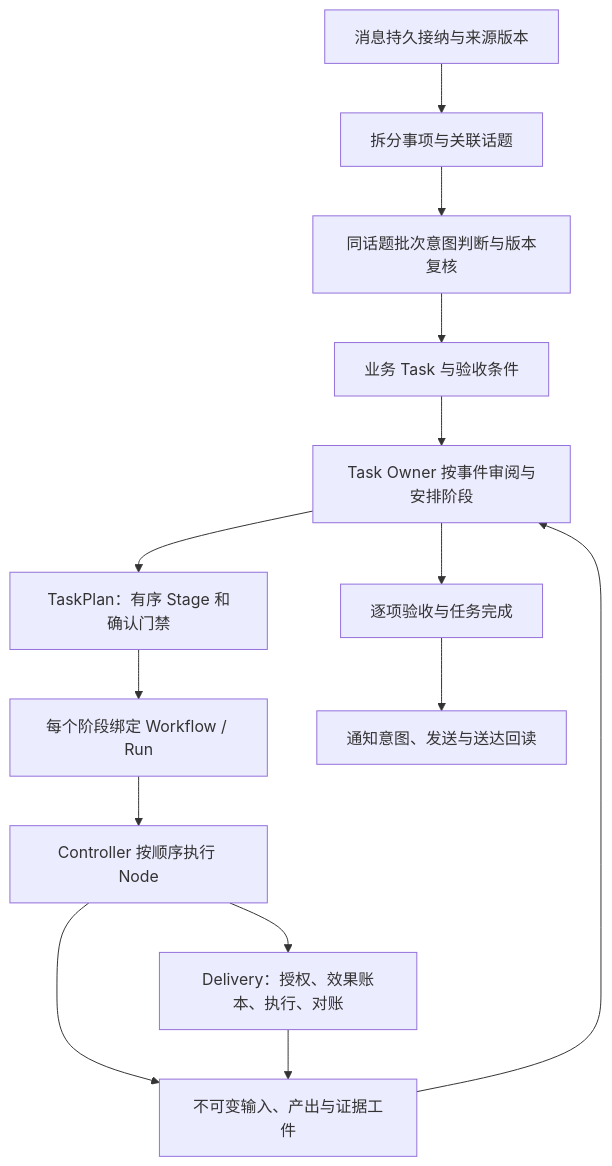
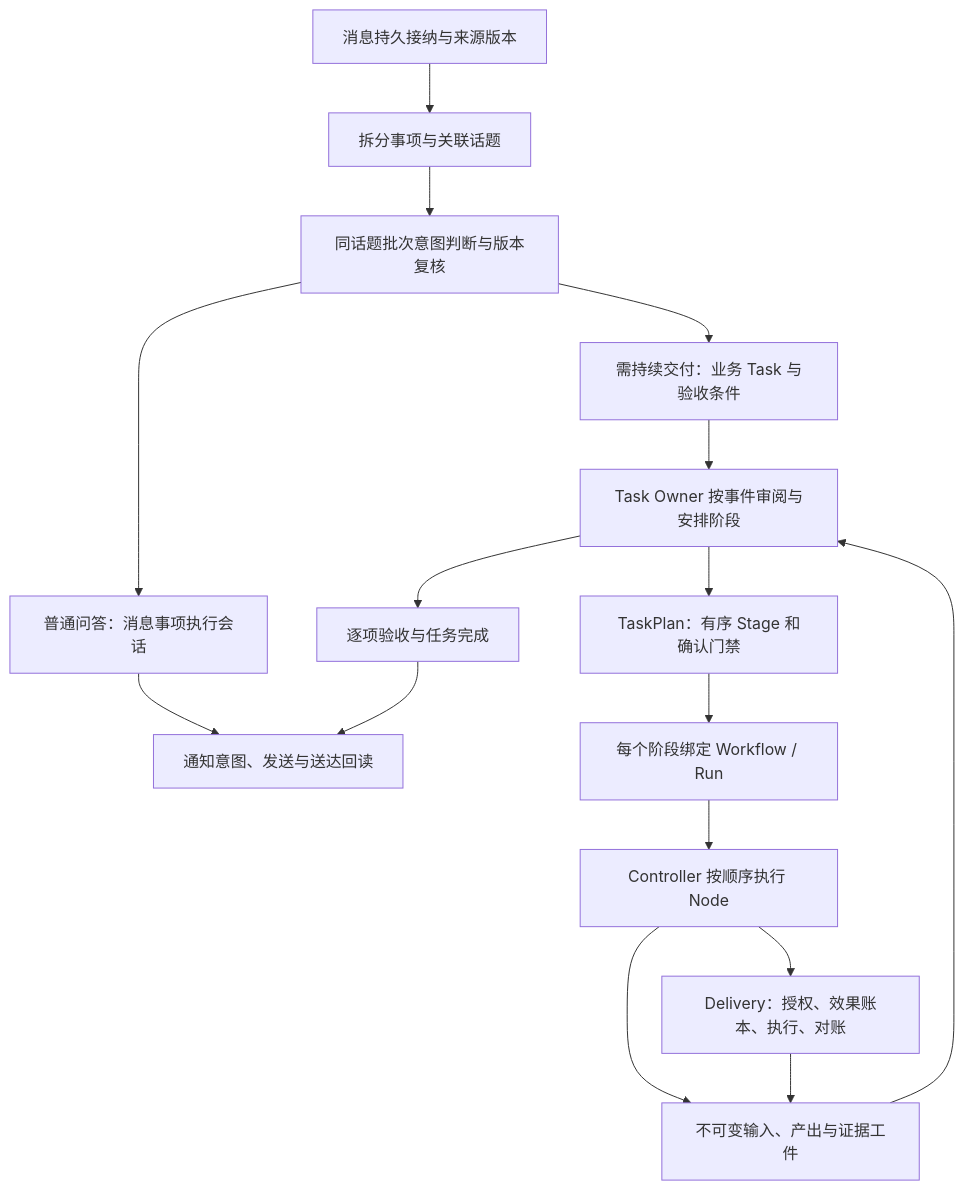
Before and after one commit to HiQ-AI/dingtalk-dsh-assistant: the diagram in packages/dingtalk-dsh-assistant/README.md, drawn with Mermaid. The commit also changed other lines of this file and 62 other files, not shown here.

````diff
--- a/packages/dingtalk-dsh-assistant/README.md
+++ b/packages/dingtalk-dsh-assistant/README.md
@@ -49,16 +50,18 @@
 ```mermaid
 flowchart TD
   M[消息持久接纳与来源版本] --> R[拆分事项与关联话题]
   R --> I[同话题批次意图判断与版本复核]
-  I --> T[业务 Task 与验收条件]
+  I --> D[普通问答：消息事项执行会话]
+  D --> Q[通知意图、发送与送达回读]
+  I --> T[需持续交付：业务 Task 与验收条件]
   T --> O[Task Owner 按事件审阅与安排阶段]
   O --> P[TaskPlan：有序 Stage 和确认门禁]
   P --> W[每个阶段绑定 Workflow / Run]
   W --> N[Controller 按顺序执行 Node]
   N --> A[不可变输入、产出与证据工件]
   N --> E[Delivery：授权、效果账本、执行、对账]
   A --> O
   E --> A
   O --> C[逐项验收与任务完成]
   C --> Q[通知意图、发送与送达回读]
 ```
````
